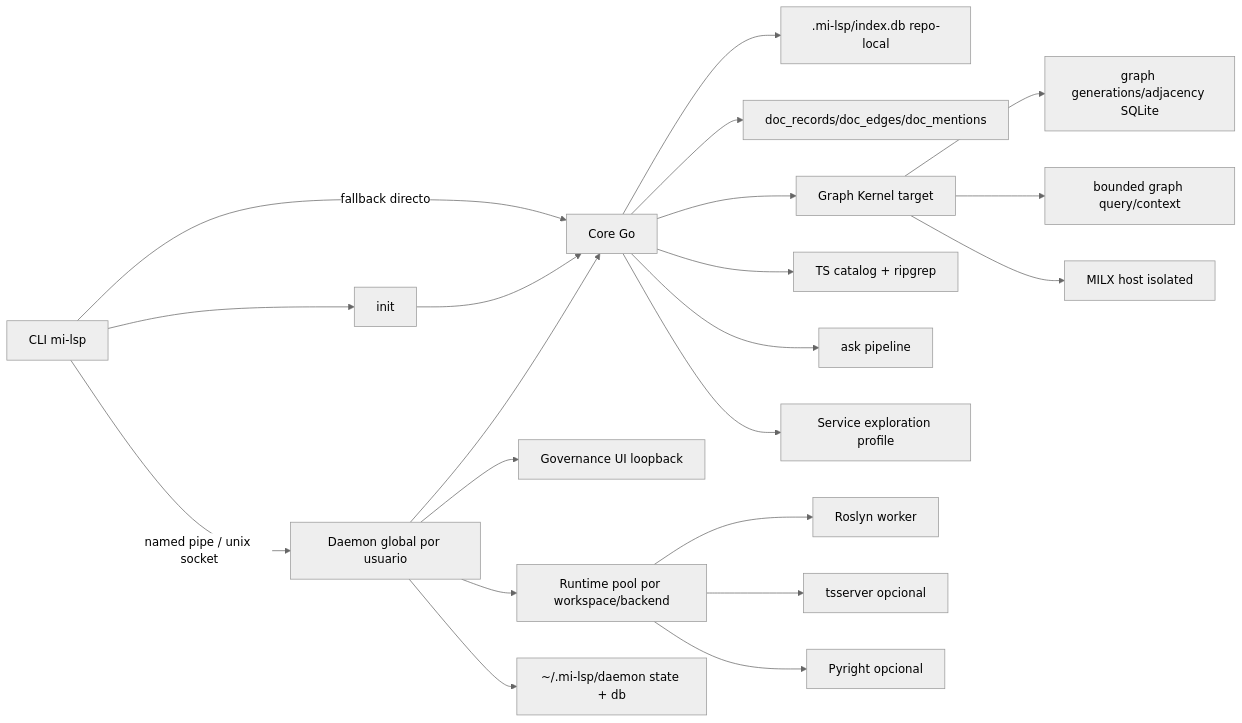
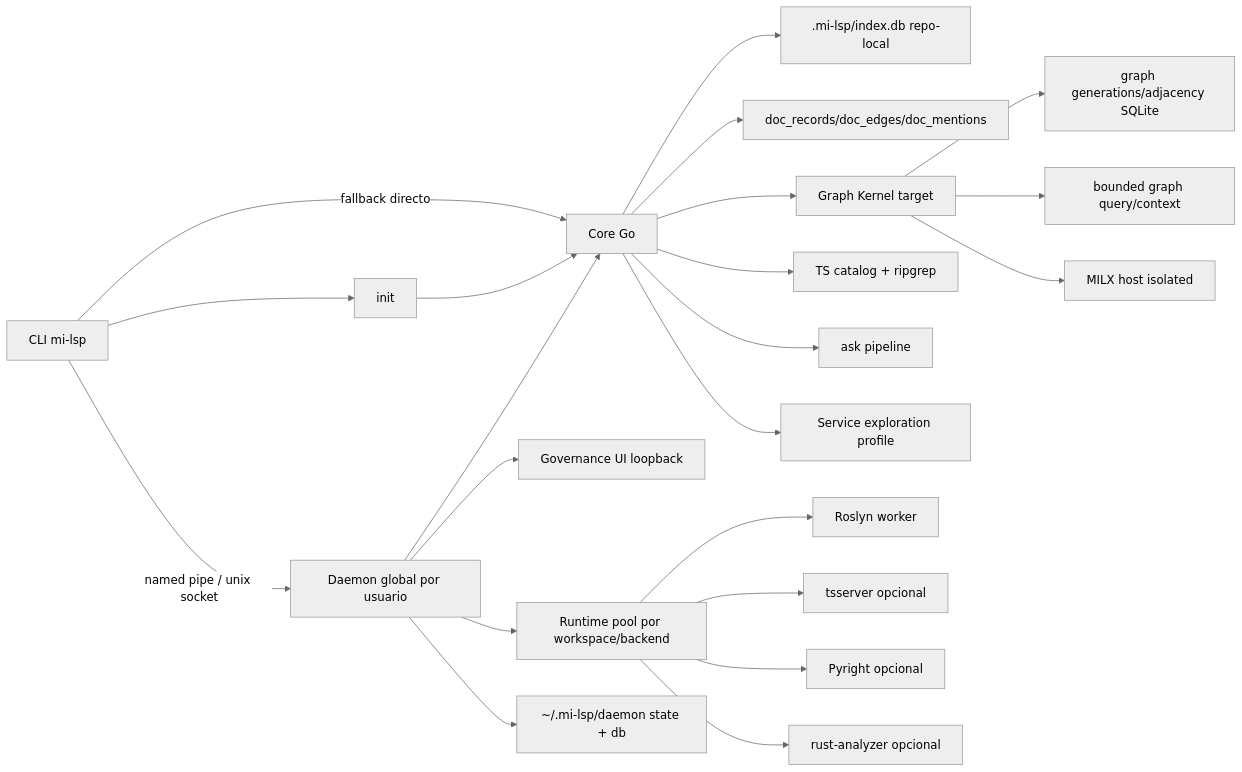
One commit to fgpaz/mi-lsp changed the diagram in .docs/wiki/07_baseline_tecnica.md. Above: the diagram before and after it, drawn with Mermaid (neutral theme). The commit also changed other lines of this file and 30 other files, not shown here.

Commit message:
feat: add Rust analyzer support

````diff
--- a/.docs/wiki/07_baseline_tecnica.md
+++ b/.docs/wiki/07_baseline_tecnica.md
@@ -81,23 +83,24 @@
 ```mermaid
 flowchart LR
     C[CLI mi-lsp] -->|named pipe / unix socket| D[Daemon global por usuario]
     C -->|fallback directo| G[Core Go]
     C --> I[init]
     I --> G
     D --> G
     D --> UI[Governance UI loopback]
     G --> IDX[.mi-lsp/index.db repo-local]
     G --> DOC[doc_records/doc_edges/doc_mentions]
     G --> GK[Graph Kernel target]
     GK --> GS[graph generations/adjacency SQLite]
     GK --> GQ[bounded graph query/context]
     GK --> MH[MILX host isolated]
     G --> CAT[TS catalog + ripgrep]
     G --> ASK[ask pipeline]
     G --> SV[Service exploration profile]
     D --> RP[Runtime pool por workspace/backend]
     RP --> RW[Roslyn worker]
     RP --> TW[tsserver opcional]
     RP --> PW[Pyright opcional]
+    RP --> RAW[rust-analyzer opcional]
     D --> GD[~/.mi-lsp/daemon state + db]
 ```
````
